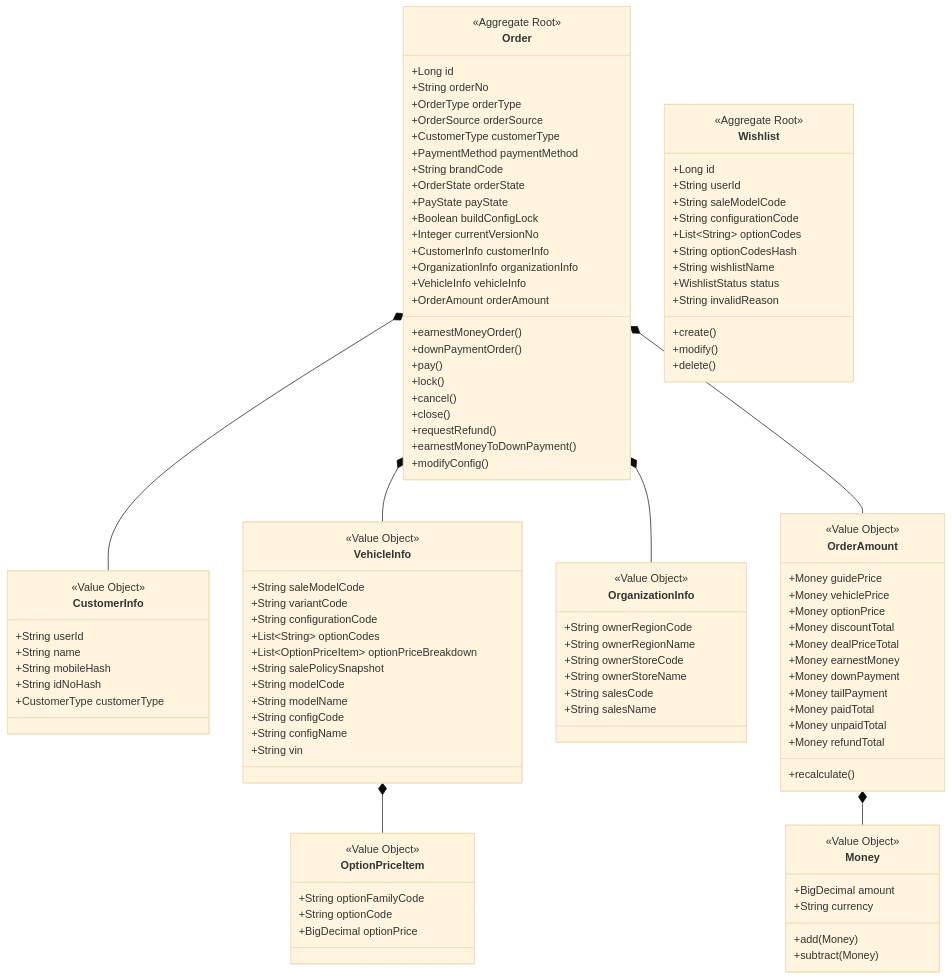
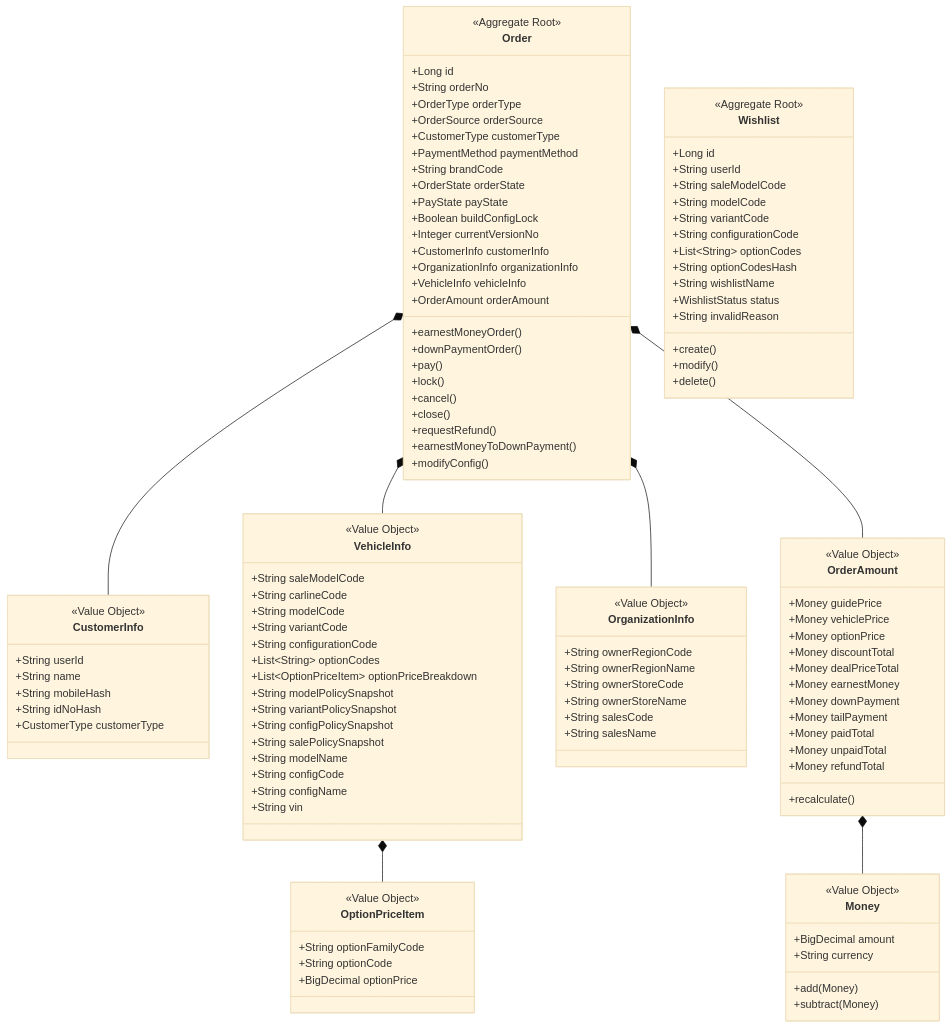
Before and after one commit to hwyzleo/iov-cloud-otd-vso: the second of 27 diagrams in specs/vehicle-sale-order/design.md, drawn with Mermaid (base theme). The commit also changed other lines of this file and 58 other files, not shown here.

```diff
--- a/specs/vehicle-sale-order/design.md
+++ b/specs/vehicle-sale-order/design.md
@@ -144,6 +144,8 @@
         +Long id
         +String userId
         +String saleModelCode
+        +String modelCode
+        +String variantCode
         +String configurationCode
         +List~String~ optionCodes
         +String optionCodesHash
@@ -175,12 +177,16 @@
     class VehicleInfo {
         <<Value Object>>
         +String saleModelCode
+        +String carlineCode
+        +String modelCode
         +String variantCode
         +String configurationCode
         +List~String~ optionCodes
         +List~OptionPriceItem~ optionPriceBreakdown
+        +String modelPolicySnapshot
+        +String variantPolicySnapshot
+        +String configPolicySnapshot
         +String salePolicySnapshot
-        +String modelCode
         +String modelName
         +String configCode
         +String configName
```
